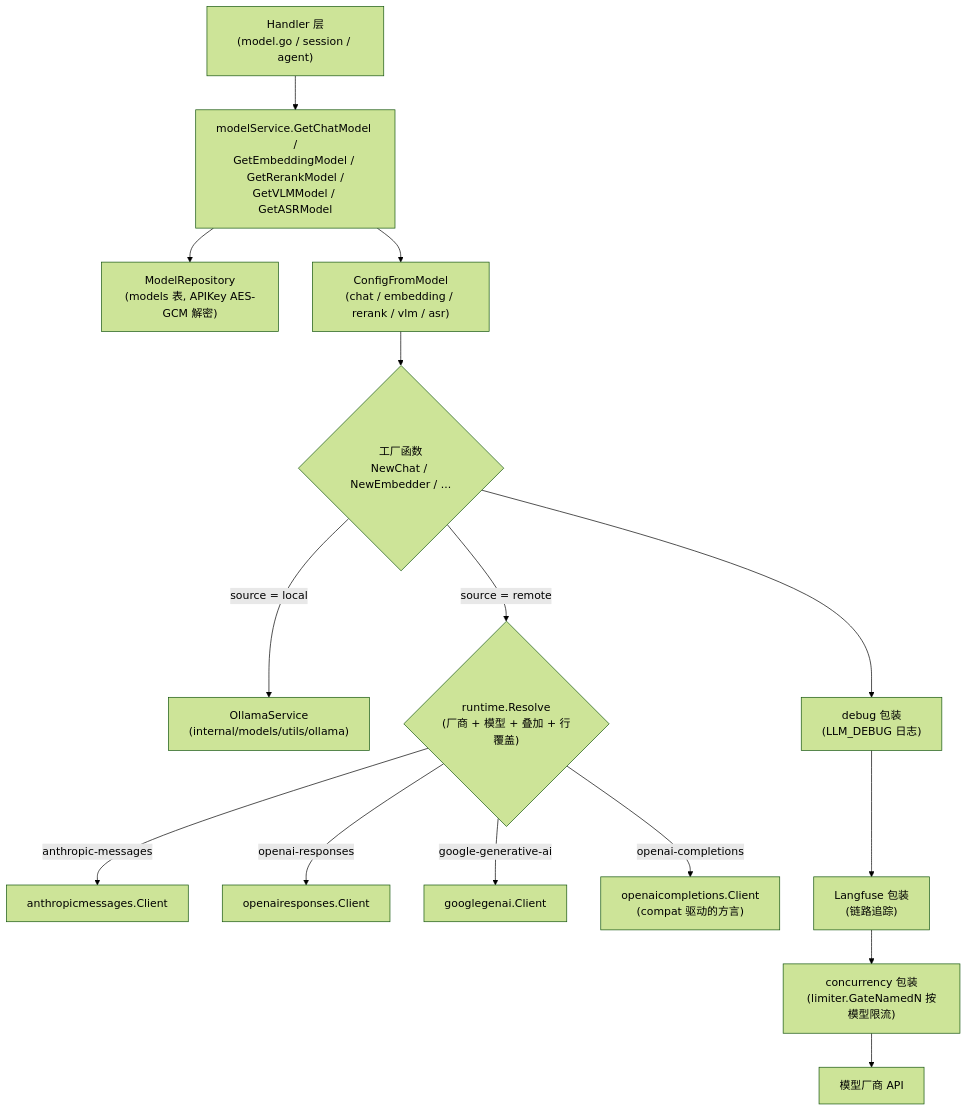
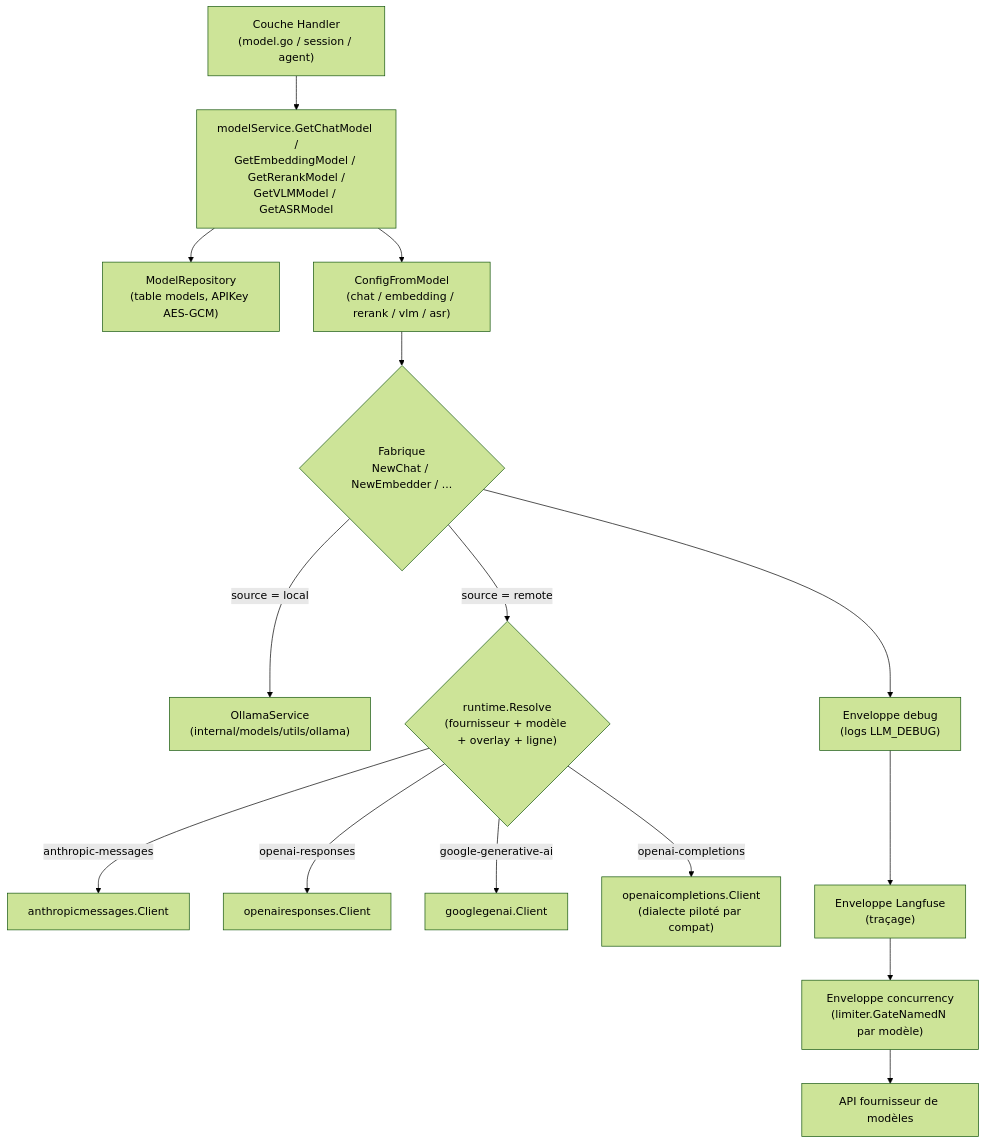
One commit to samiriggui-code/gsms-template changed the diagram in website-docs/03-features/06-models.md. Above: the diagram before and after it, drawn with Mermaid (forest theme). The commit also changed other lines of this file and 301 other files, not shown here.

````diff
--- a/website-docs/03-features/06-models.md
+++ b/website-docs/03-features/06-models.md
@@ -647,17 +636,17 @@
 ```mermaid
 flowchart TD
-    H["Handler 层<br/>(model.go / session / agent)"] --> S["modelService.GetChatModel /<br/>GetEmbeddingModel / GetRerankModel /<br/>GetVLMModel / GetASRModel"]
-    S --> R["ModelRepository<br/>(models 表, APIKey AES-GCM 解密)"]
+    H["Couche Handler<br/>(model.go / session / agent)"] --> S["modelService.GetChatModel /<br/>GetEmbeddingModel / GetRerankModel /<br/>GetVLMModel / GetASRModel"]
+    S --> R["ModelRepository<br/>(table models, APIKey AES-GCM)"]
     S --> CF["ConfigFromModel<br/>(chat / embedding / rerank / vlm / asr)"]
-    CF --> F{"工厂函数<br/>NewChat / NewEmbedder / ..."}
+    CF --> F{"Fabrique<br/>NewChat / NewEmbedder / ..."}
     F -->|"source = local"| OL["OllamaService<br/>(internal/models/utils/ollama)"]
-    F -->|"source = remote"| PD{"runtime.Resolve<br/>(厂商 + 模型 + 叠加 + 行覆盖)"}
+    F -->|"source = remote"| PD{"runtime.Resolve<br/>(fournisseur + modèle + overlay + ligne)"}
     PD -->|"anthropic-messages"| AN["anthropicmessages.Client"]
     PD -->|"openai-responses"| RS["openairesponses.Client"]
     PD -->|"google-generative-ai"| GG["googlegenai.Client"]
-    PD -->|"openai-completions"| OA["openaicompletions.Client<br/>(compat 驱动的方言)"]
-    F --> W1["debug 包装<br/>(LLM_DEBUG 日志)"]
-    W1 --> W2["Langfuse 包装<br/>(链路追踪)"]
-    W2 --> W3["concurrency 包装<br/>(limiter.GateNamedN 按模型限流)"]
-    W3 --> P["模型厂商 API"]
+    PD -->|"openai-completions"| OA["openaicompletions.Client<br/>(dialecte piloté par compat)"]
+    F --> W1["Enveloppe debug<br/>(logs LLM_DEBUG)"]
+    W1 --> W2["Enveloppe Langfuse<br/>(traçage)"]
+    W2 --> W3["Enveloppe concurrency<br/>(limiter.GateNamedN par modèle)"]
+    W3 --> P["API fournisseur de modèles"]
 ```
````
